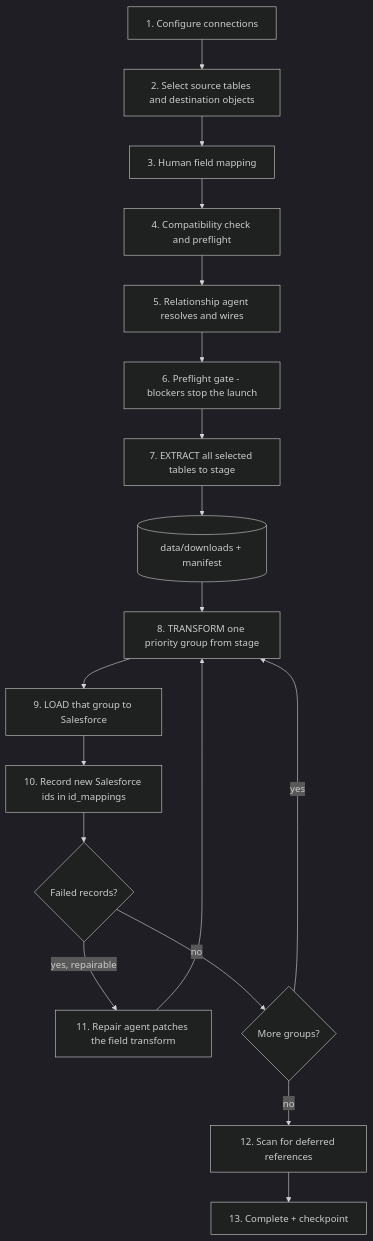
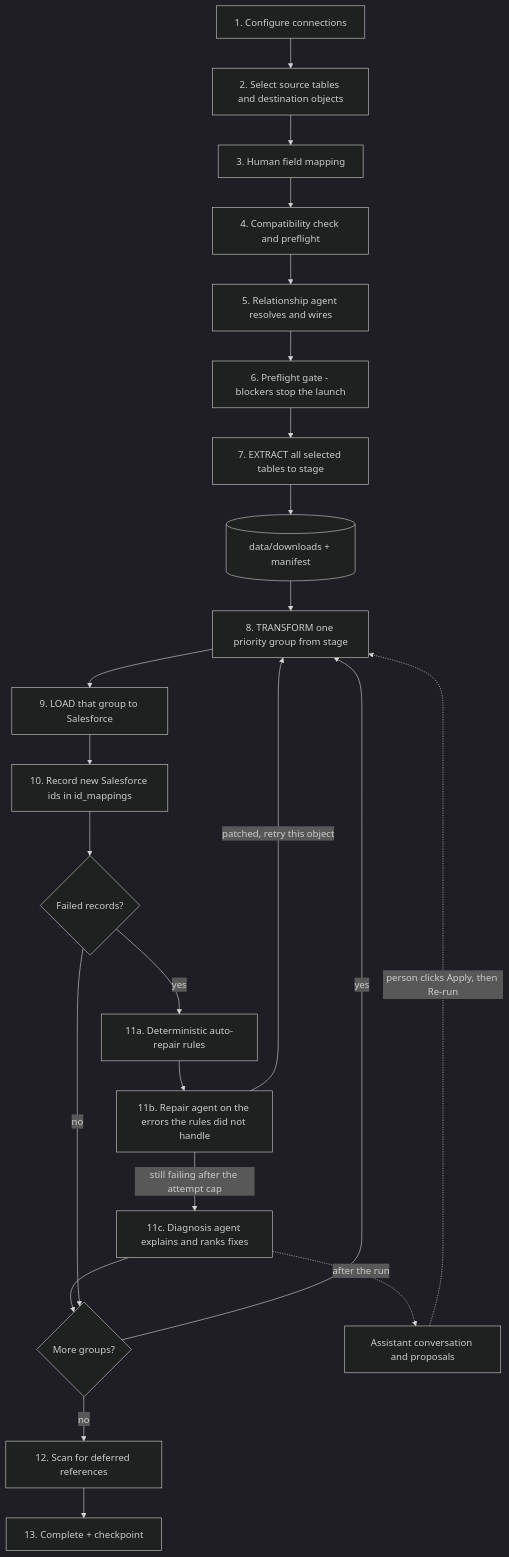
One commit to shahid-rawther/SF-Data-Migration-LLM changed the second of 12 diagrams in docs/ARCHITECTURE.md. Above: the diagram before and after it, drawn with Mermaid (dark theme). The commit also changed other lines of this file and 57 other files, not shown here.

````diff
--- a/docs/ARCHITECTURE.md
+++ b/docs/ARCHITECTURE.md
@@ -65,20 +66,25 @@
 ```mermaid
 flowchart TD
   A[1. Configure connections] --> B[2. Select source tables and destination objects]
   B --> C[3. Human field mapping]
   C --> D[4. Compatibility check and preflight]
   D --> E[5. Relationship agent resolves and wires]
   E --> F[6. Preflight gate - blockers stop the launch]
   F --> G[7. EXTRACT all selected tables to stage]
   G --> H[(data/downloads + manifest)]
   H --> I[8. TRANSFORM one priority group from stage]
   I --> J[9. LOAD that group to Salesforce]
   J --> K[10. Record new Salesforce ids in id_mappings]
   K --> L{Failed records?}
-  L -->|yes, repairable| M[11. Repair agent patches the field transform]
-  M --> I
+  L -->|yes| M[11a. Deterministic auto-repair rules]
+  M --> M2[11b. Repair agent on the errors the rules did not handle]
+  M2 -->|patched, retry this object| I
+  M2 -->|still failing after the attempt cap| Q[11c. Diagnosis agent explains and ranks fixes]
+  Q --> N
   L -->|no| N{More groups?}
   N -->|yes| I
   N -->|no| O[12. Scan for deferred references]
   O --> P[13. Complete + checkpoint]
+  Q -.->|after the run| R[Assistant conversation and proposals]
+  R -.->|person clicks Apply, then Re-run| I
 ```
````
